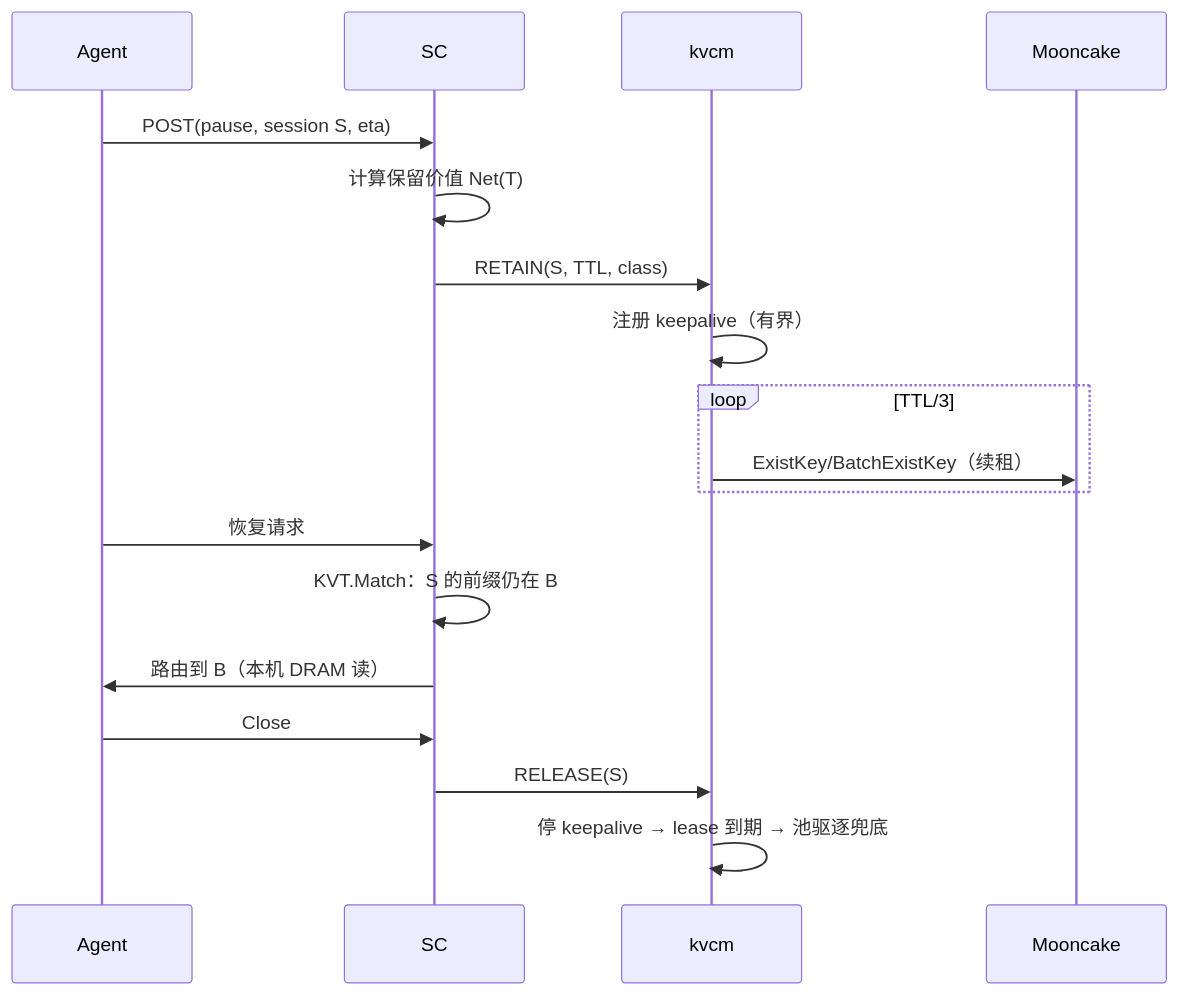
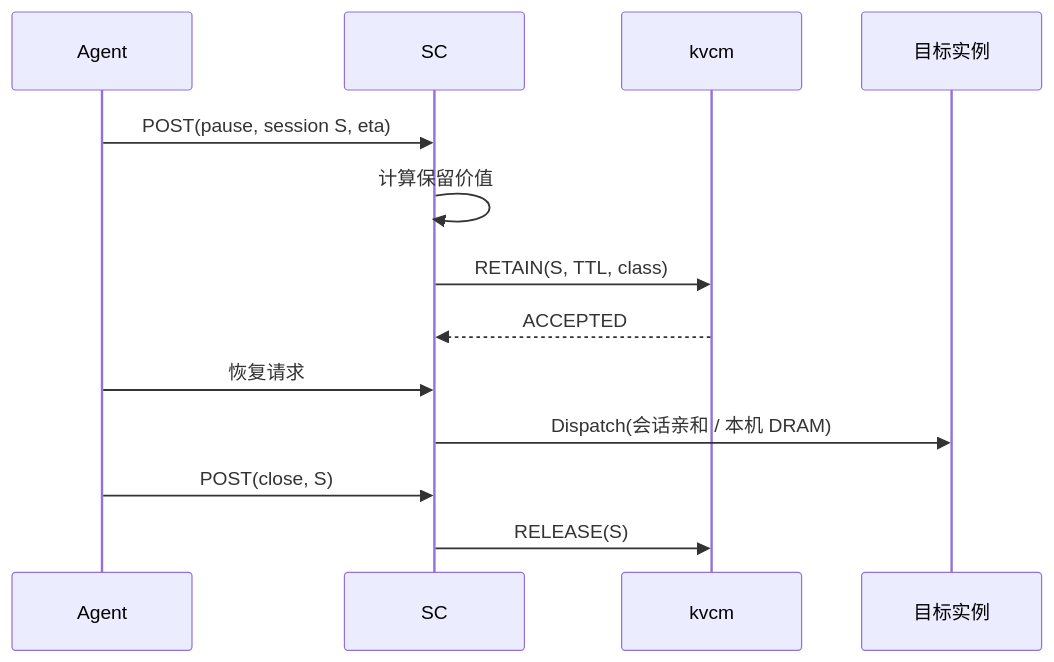
The fourth of 9 diagrams in kvcm/design/D8b-scheduling-sequences.md (5x8-40/lake), drawn with Mermaid before and after one commit. The commit also changed other lines of this file, not shown here.

````diff
--- a/kvcm/design/D8b-scheduling-sequences.md
+++ b/kvcm/design/D8b-scheduling-sequences.md
@@ -104,21 +105,16 @@
 ```mermaid
 sequenceDiagram
     participant A as Agent
     participant R as SC
     participant K as kvcm
-    participant M as Mooncake
+    participant W as 目标实例
 
     A->>R: POST(pause, session S, eta)
-    R->>R: 计算保留价值 Net(T)
+    R->>R: 计算保留价值
     R->>K: RETAIN(S, TTL, class)
-    K->>K: 注册 keepalive（有界）
-    loop TTL/3
-        K->>M: ExistKey/BatchExistKey（续租）
-    end
+    K-->>R: ACCEPTED
     A->>R: 恢复请求
-    R->>R: KVT.Match：S 的前缀仍在 B
-    R->>A: 路由到 B（本机 DRAM 读）
-    A->>R: Close
+    R->>W: Dispatch(会话亲和 / 本机 DRAM)
+    A->>R: POST(close, S)
     R->>K: RELEASE(S)
-    K->>K: 停 keepalive → lease 到期 → 池驱逐兜底
 ```
````
